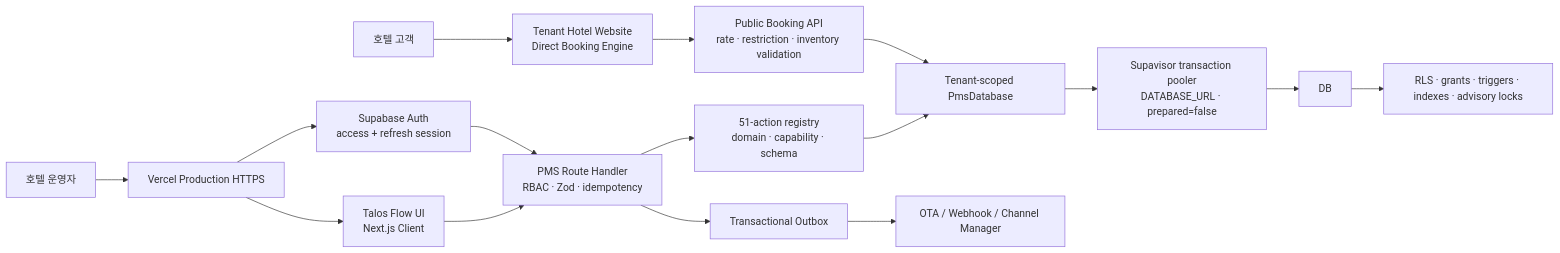
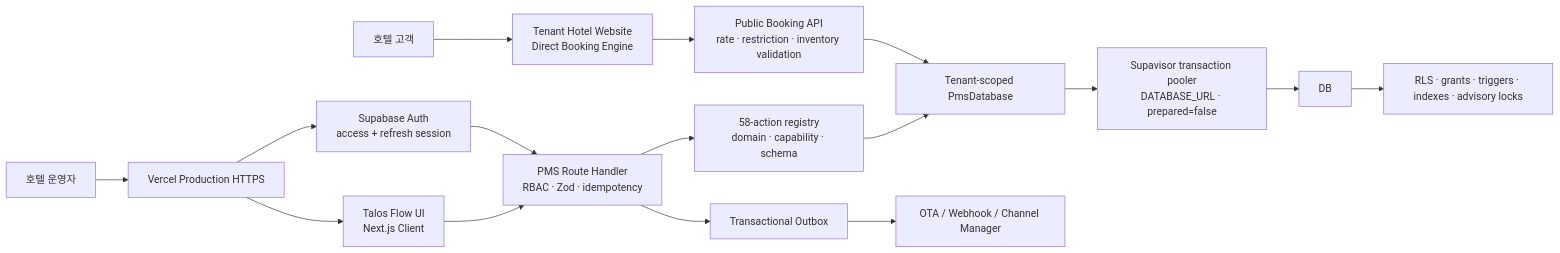
One commit to sksmsrkk-glitch/Aurora_PMS changed the first of 4 diagrams in docs/architecture.md. Above: the diagram before and after it, drawn with Mermaid. The commit also changed other lines of this file and 18 other files, not shown here.

````diff
--- a/docs/architecture.md
+++ b/docs/architecture.md
@@ -40,18 +40,18 @@
 ```mermaid
 flowchart LR
   U["호텔 운영자"] --> VERCEL["Vercel Production HTTPS"]
   G["호텔 고객"] --> WEB["Tenant Hotel Website\nDirect Booking Engine"]
   VERCEL --> AUTH["Supabase Auth\naccess + refresh session"]
   VERCEL --> UI["Talos Flow UI\nNext.js Client"]
   AUTH --> API["PMS Route Handler\nRBAC · Zod · idempotency"]
   UI --> API
   WEB --> BOOKING["Public Booking API\nrate · restriction · inventory validation"]
-  API --> REGISTRY["51-action registry\ndomain · capability · schema"]
+  API --> REGISTRY["58-action registry\ndomain · capability · schema"]
   REGISTRY --> ADAPTER["Tenant-scoped PmsDatabase"]
   BOOKING --> ADAPTER
   ADAPTER --> PG["Supavisor transaction pooler\nDATABASE_URL · prepared=false"]
   PG --> DB
   DB --> GUARD["RLS · grants · triggers · indexes · advisory locks"]
   API --> OUTBOX["Transactional Outbox"]
   OUTBOX --> OTA["OTA / Webhook / Channel Manager"]
 ```
````
